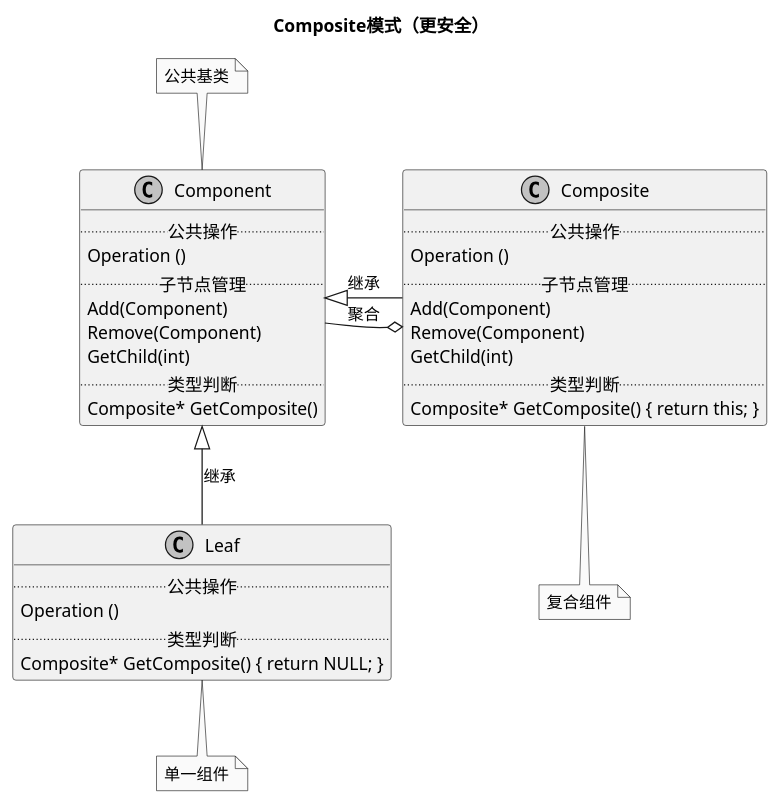
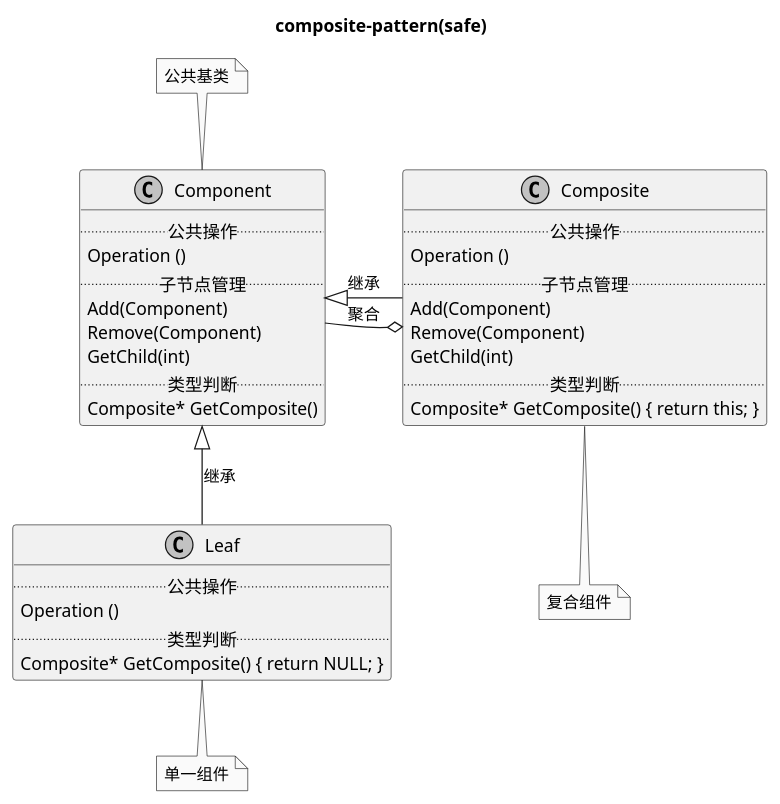
Before and after one commit to bestofsong/design-pattern: the diagram in graphs/composite.safe.plantuml, drawn with PlantUML. The commit also changed 11 other files, not shown here.

```diff
--- a/graphs/composite.safe.plantuml
+++ b/graphs/composite.safe.plantuml
@@ -1,49 +1,49 @@
 @startuml
-title Composite模式（更安全）
+title composite-pattern(safe)
 skinparam monochrome true
 
 class Component {
   ..公共操作..
   Operation ()
   ..子节点管理..
   Add(Component)
   Remove(Component)
   GetChild(int)
   ..类型判断..
   Composite* GetComposite()
 }
 
 note top of Component
 公共基类
 end note
 
 class Leaf {
   ..公共操作..
   Operation ()
   ..类型判断..
   Composite* GetComposite() { return NULL; }
 }
 note bottom of Leaf
 单一组件
 end note
 
 class Composite {
   ..公共操作..
   Operation ()
   ..子节点管理..
   Add(Component)
   Remove(Component)
   GetChild(int)
   ..类型判断..
   Composite* GetComposite() { return this; }
 }
 note bottom of Composite
 复合组件
 end note
 
 
 Component <|-- Leaf : 继承
 Component <|- Composite : 继承
 Component -o Composite : 聚合
 
 @enduml
```
